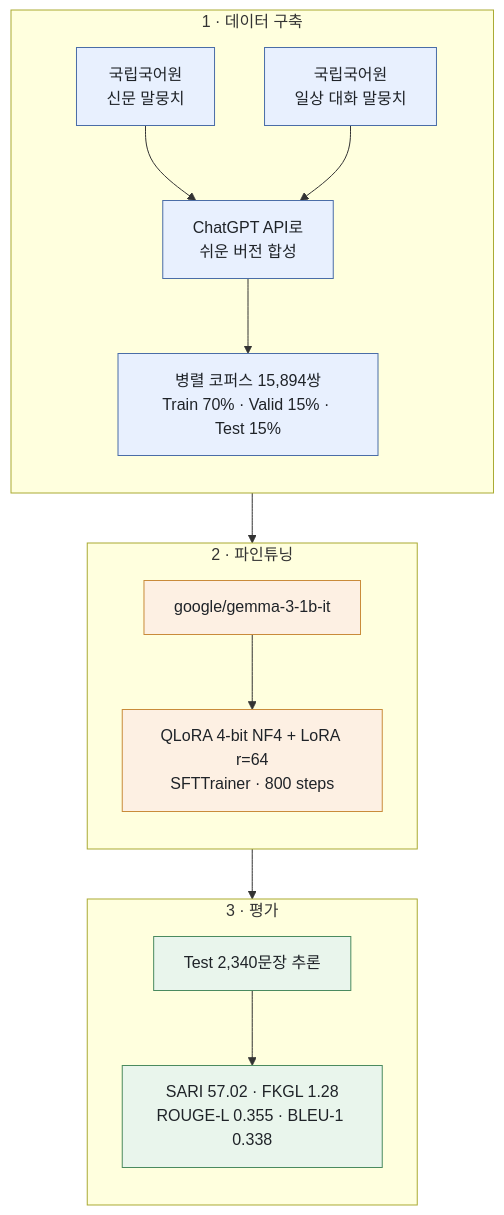
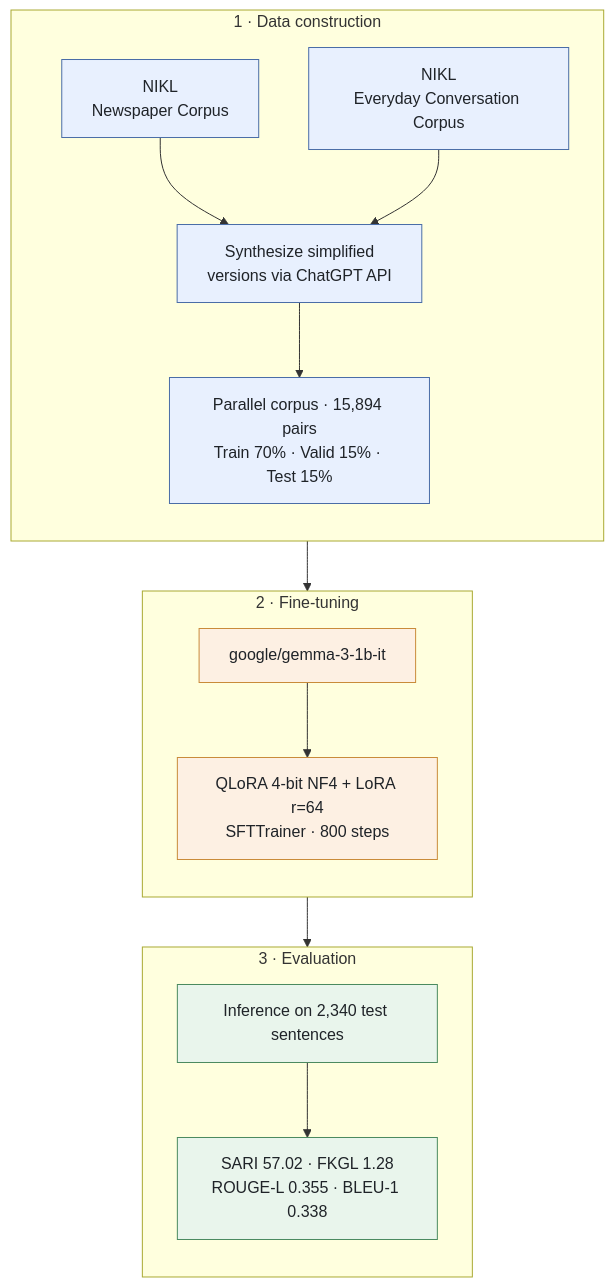
The diagram in projects/NLP_Newspaper_CUAI/readme.md (han942/ai-ds-projects), drawn with Mermaid before and after one commit. The commit also changed other lines of this file and 6 other files, not shown here.

````diff
--- a/projects/NLP_Newspaper_CUAI/readme.md
+++ b/projects/NLP_Newspaper_CUAI/readme.md
@@ -7,29 +7,29 @@
 ```mermaid
 flowchart TB
-    subgraph S1["1 · 데이터 구축"]
+    subgraph S1["1 · Data construction"]
         direction TB
-        A["국립국어원<br/>신문 말뭉치"] --> C
-        B["국립국어원<br/>일상 대화 말뭉치"] --> C
-        C["ChatGPT API로<br/>쉬운 버전 합성"] --> D["병렬 코퍼스 15,894쌍<br/>Train 70% · Valid 15% · Test 15%"]
+        A["NIKL<br/>Newspaper Corpus"] --> C
+        B["NIKL<br/>Everyday Conversation Corpus"] --> C
+        C["Synthesize simplified<br/>versions via ChatGPT API"] --> D["Parallel corpus · 15,894 pairs<br/>Train 70% · Valid 15% · Test 15%"]
     end
 
-    subgraph S2["2 · 파인튜닝"]
+    subgraph S2["2 · Fine-tuning"]
         direction TB
         E["google/gemma-3-1b-it"] --> F["QLoRA 4-bit NF4 + LoRA r=64<br/>SFTTrainer · 800 steps"]
     end
 
-    subgraph S3["3 · 평가"]
+    subgraph S3["3 · Evaluation"]
         direction TB
-        G["Test 2,340문장 추론"] --> H["SARI 57.02 · FKGL 1.28<br/>ROUGE-L 0.355 · BLEU-1 0.338"]
+        G["Inference on 2,340 test sentences"] --> H["SARI 57.02 · FKGL 1.28<br/>ROUGE-L 0.355 · BLEU-1 0.338"]
     end
 
     D --> F
     F --> G
 
     classDef data fill:#e8f0fe,stroke:#4a6da7,color:#1f2328
     classDef train fill:#fdf0e3,stroke:#c98b3a,color:#1f2328
     classDef eval fill:#e9f5ec,stroke:#4a8a5f,color:#1f2328
     class A,B,C,D data
     class E,F train
     class G,H eval
 ```
````
